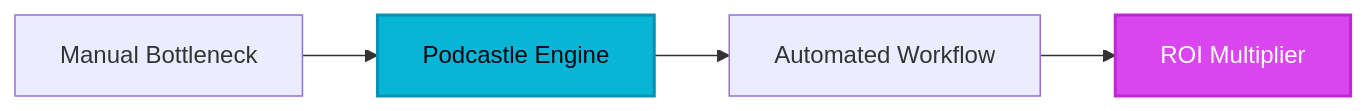
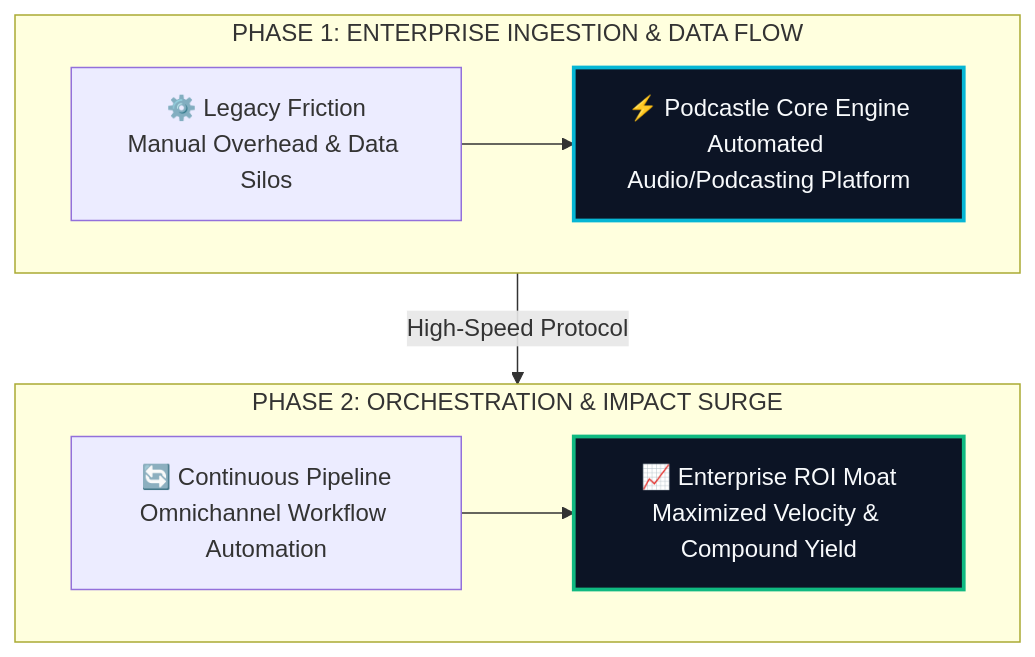
The diagram in site/src/content/blog/podcastle.md (heliatech-media/saas-radar), drawn with Mermaid before and after one commit. The commit also changed 97 other files, not shown here.

First line of the commit message:
feat(diagrams): upgrade all article architecture schemas to high-impact 2-tier responsive vector blueprints

````diff
--- a/site/src/content/blog/podcastle.md
+++ b/site/src/content/blog/podcastle.md
@@ -64,8 +64,14 @@
 ```mermaid
-flowchart LR
-    A[Manual Bottleneck] --> B[Podcastle Engine]
-    B --> C[Automated Workflow]
-    C --> D[ROI Multiplier]
-    style B fill:#06b6d4,stroke:#0891b2,stroke-width:2px,color:#030712
-    style D fill:#d946ef,stroke:#c026d3,stroke-width:2px,color:#ffffff
+flowchart TD
+    subgraph S1["PHASE 1: ENTERPRISE INGESTION & DATA FLOW"]
+        direction LR
+        A["⚙️ Legacy Friction<br/>Manual Overhead & Data Silos"] --> B["⚡ Podcastle Core Engine<br/>Automated Audio/Podcasting Platform"]
+    end
+    subgraph S2["PHASE 2: ORCHESTRATION & IMPACT SURGE"]
+        direction LR
+        C["🔄 Continuous Pipeline<br/>Omnichannel Workflow Automation"] --> D["📈 Enterprise ROI Moat<br/>Maximized Velocity & Compound Yield"]
+    end
+    S1 -->|High-Speed Protocol| S2
+    style B fill:#0c1425,stroke:#06b6d4,stroke-width:2.5px,color:#f8fafc
+    style D fill:#0c1425,stroke:#10b981,stroke-width:2.5px,color:#f8fafc
 ```
````
